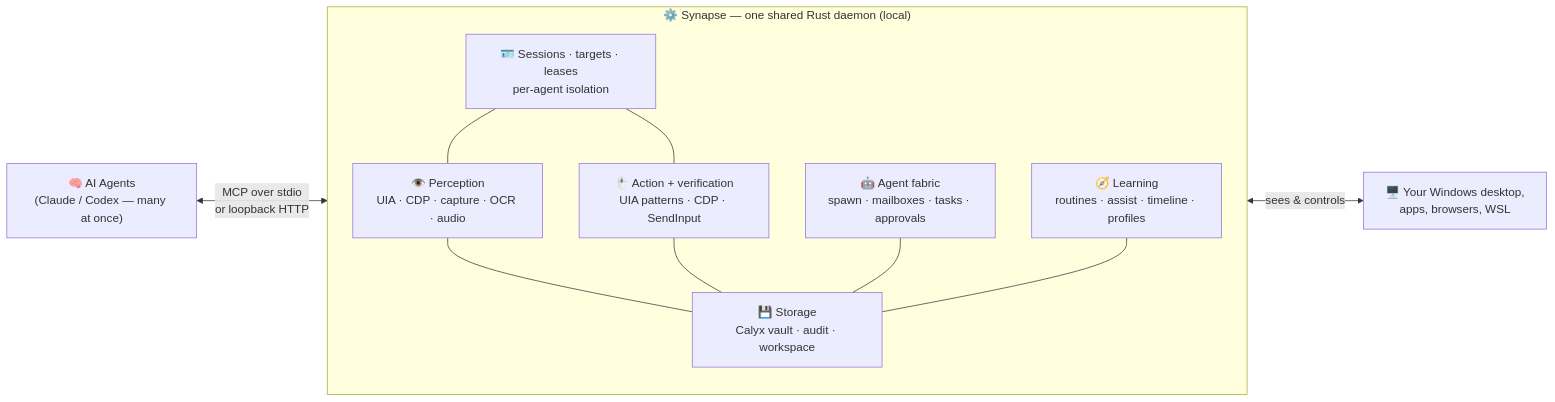
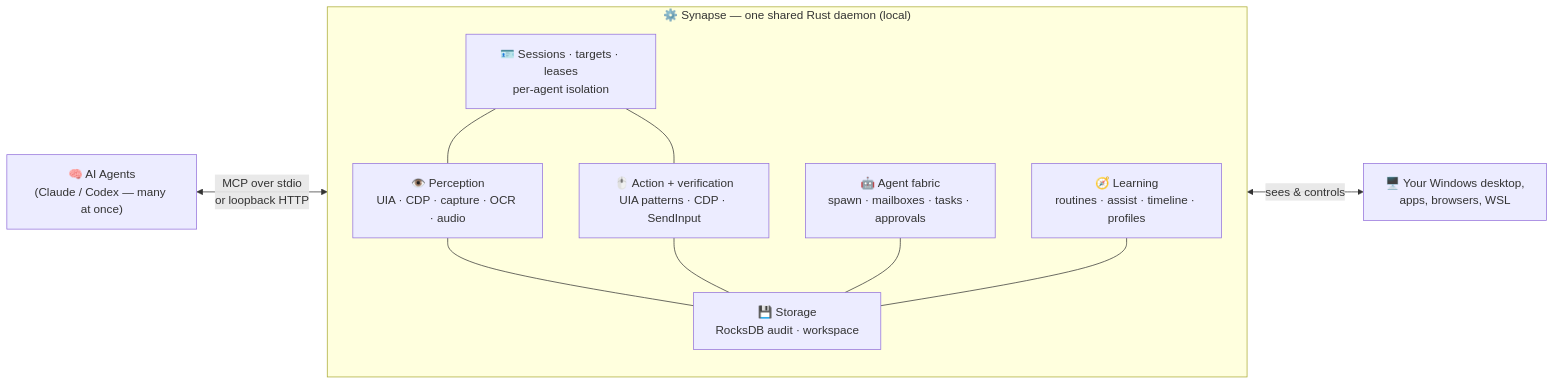
Before and after one commit to ChrisRoyse/Synapse: the first of 2 diagrams in README.md, drawn with Mermaid. The commit also changed other lines of this file and 2040 other files, not shown here.

````diff
--- a/README.md
+++ b/README.md
@@ -405,19 +398,19 @@
 ```mermaid
 flowchart LR
     A["🧠 AI Agents<br/>(Claude / Codex — many at once)"] <-->|MCP over stdio<br/>or loopback HTTP| B
     subgraph B["⚙️ Synapse — one shared Rust daemon (local)"]
         SES["🪪 Sessions · targets · leases<br/>per-agent isolation"]
         P["👁️ Perception<br/>UIA · CDP · capture · OCR · audio"]
         ACT["🖱️ Action + verification<br/>UIA patterns · CDP · SendInput"]
         FAB["🤖 Agent fabric<br/>spawn · mailboxes · tasks · approvals"]
         LRN["🧭 Learning<br/>routines · assist · timeline · profiles"]
-        ST["💾 Storage<br/>Calyx vault · audit · workspace"]
+        ST["💾 Storage<br/>RocksDB audit · workspace"]
     end
     B <-->|sees & controls| W["🖥️ Your Windows desktop,<br/>apps, browsers, WSL"]
     SES --- P
     SES --- ACT
     P --- ST
     ACT --- ST
     FAB --- ST
     LRN --- ST
 ```
````
